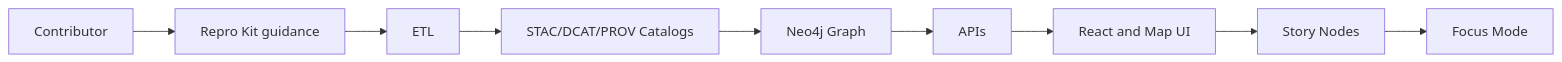
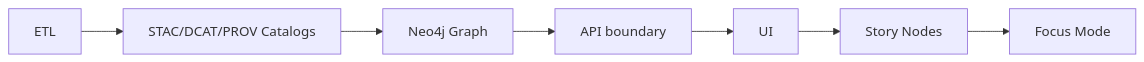
One commit to bartytime4life/Kansas-Frontier-Matrix changed the first of 2 diagrams in .github/repro-kit/README.md. Above: the diagram before and after it, drawn with Mermaid. The commit also changed other lines of this file, not shown here.

```diff
--- a/.github/repro-kit/README.md
+++ b/.github/repro-kit/README.md
@@ -149,11 +151,9 @@
 ~~~mermaid
 flowchart LR
-  Dev[Contributor] --> RK[Repro Kit guidance]
-  RK --> A[ETL]
-  A --> B[STAC/DCAT/PROV Catalogs]
+  A[ETL] --> B[STAC/DCAT/PROV Catalogs]
   B --> C[Neo4j Graph]
-  C --> D[APIs]
-  D --> E[React and Map UI]
+  C --> D[API boundary]
+  D --> E[UI]
   E --> F[Story Nodes]
   F --> G[Focus Mode]
 ~~~
```
